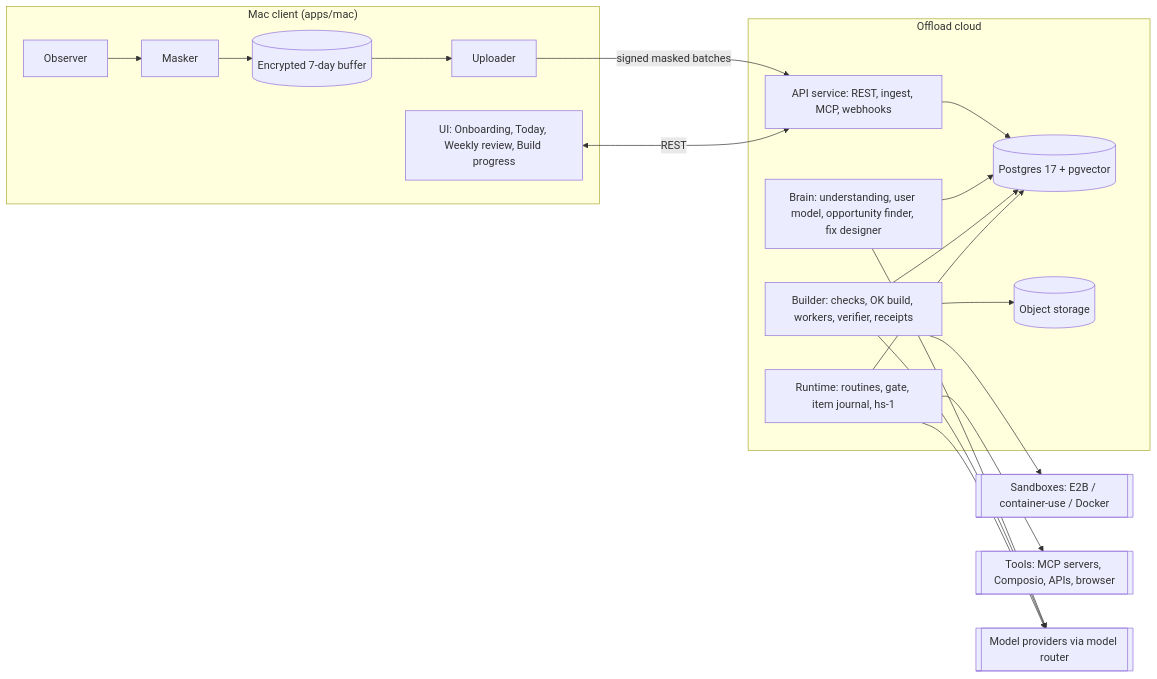
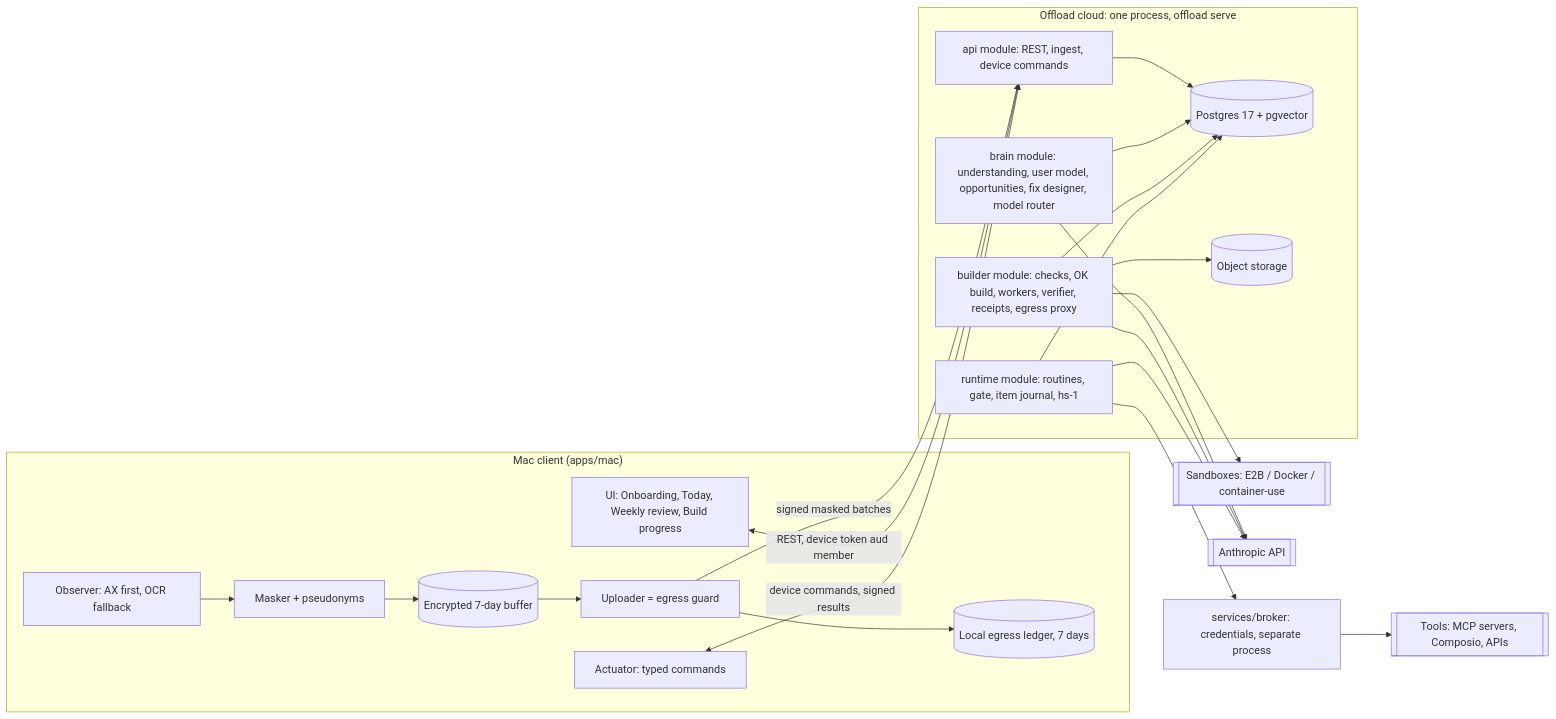
Before and after one commit to tabani-png/offload-v2: the first of 21 diagrams in docs/ARCHITECTURE.md, drawn with Mermaid. The commit also changed other lines of this file and 11 other files, not shown here.

Commit message:
docs: architecture, data model, API, roadmap, open questions OQ-23 to OQ-26, glossary, README, agent rules (Claude Code standing rule)

````diff
--- a/docs/ARCHITECTURE.md
+++ b/docs/ARCHITECTURE.md
@@ -21,30 +31,34 @@
 ```mermaid
 flowchart LR
   subgraph Mac["Mac client (apps/mac)"]
-    OBS[Observer] --> MASK[Masker] --> BUF[(Encrypted 7-day buffer)] --> UP[Uploader]
+    OBS[Observer: AX first, OCR fallback] --> MASK[Masker + pseudonyms] --> BUF[(Encrypted 7-day buffer)] --> UP[Uploader = egress guard]
+    UP --> LEDGER[(Local egress ledger, 7 days)]
     UI[UI: Onboarding, Today, Weekly review, Build progress]
+    ACT[Actuator: typed commands]
   end
-  subgraph Cloud["Offload cloud"]
-    API[API service: REST, ingest, MCP, webhooks]
-    BRAIN[Brain: understanding, user model, opportunity finder, fix designer]
-    BUILDER[Builder: checks, OK build, workers, verifier, receipts]
-    RUNTIME[Runtime: routines, gate, item journal, hs-1]
+  subgraph Cloud["Offload cloud: one process, offload serve"]
+    API[api module: REST, ingest, device commands]
+    BRAIN[brain module: understanding, user model, opportunities, fix designer, model router]
+    BUILDER[builder module: checks, OK build, workers, verifier, receipts, egress proxy]
+    RUNTIME[runtime module: routines, gate, item journal, hs-1]
     PG[(Postgres 17 + pgvector)]
     OS[(Object storage)]
   end
-  SBX[[Sandboxes: E2B / container-use / Docker]]
-  TOOLS[[Tools: MCP servers, Composio, APIs, browser]]
-  LLM[[Model providers via model router]]
+  BROKER[services/broker: credentials, separate process]
+  SBX[[Sandboxes: E2B / Docker / container-use]]
+  TOOLS[[Tools: MCP servers, Composio, APIs]]
+  LLM[[Anthropic API]]
   UP -- signed masked batches --> API
-  UI <-- REST --> API
+  UI <-- REST, device token aud member --> API
+  ACT <-- device commands, signed results --> API
   API --> PG
   BRAIN --> PG
   BUILDER --> PG
   RUNTIME --> PG
   BUILDER --> SBX
   BUILDER --> OS
-  RUNTIME --> TOOLS
+  RUNTIME --> BROKER --> TOOLS
   BRAIN --> LLM
   BUILDER --> LLM
   RUNTIME --> LLM
 ```
````
